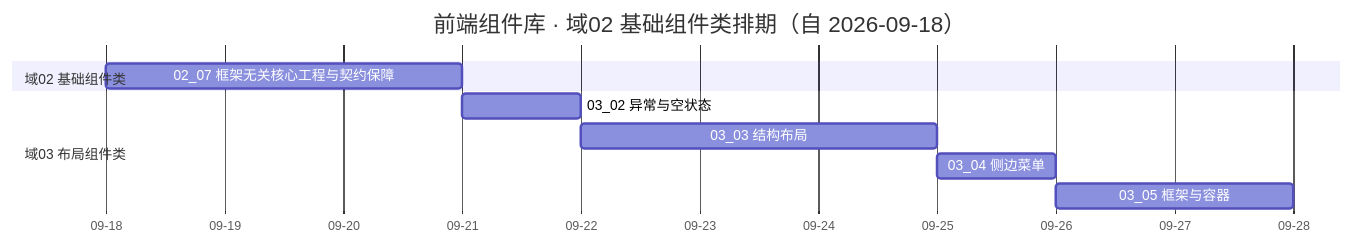
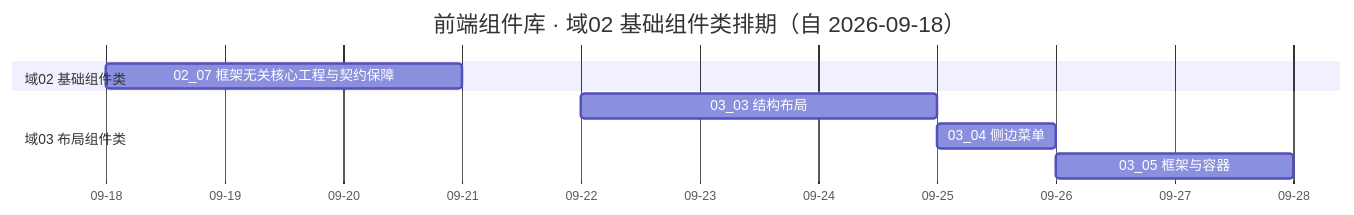
One commit to minjian123/basic-management-system changed the diagram in bms文档/项目/04_前端组件库/计划/01_计划_前端组件库.md. Above: the diagram before and after it, drawn with Mermaid. The commit also changed other lines of this file and 4 other files, not shown here.

````diff
--- a/bms文档/项目/04_前端组件库/计划/01_计划_前端组件库.md
+++ b/bms文档/项目/04_前端组件库/计划/01_计划_前端组件库.md
@@ -42,13 +42,12 @@
 ```mermaid
 gantt
     title 前端组件库 · 域02 基础组件类排期（自 2026-09-18）
     dateFormat  YYYY-MM-DD
     axisFormat %m-%d
     section 域02 基础组件类
     02_07 框架无关核心工程与契约保障 :a07, 2026-09-18, 3d
     section 域03 布局组件类
-    03_02 异常与空状态               :b02, 2026-09-21, 1d
     03_03 结构布局                   :b03, 2026-09-22, 3d
     03_04 侧边菜单                   :b04, 2026-09-25, 1d
     03_05 框架与容器                 :b05, 2026-09-26, 2d
 ```
````
